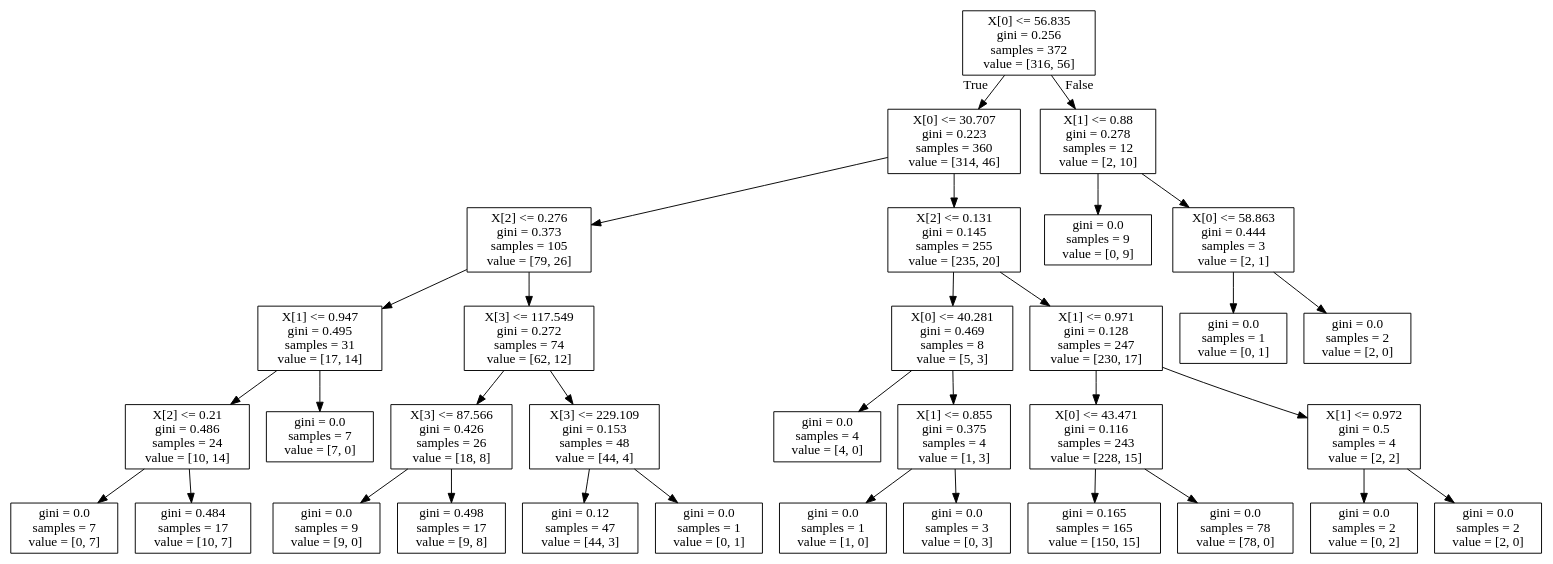
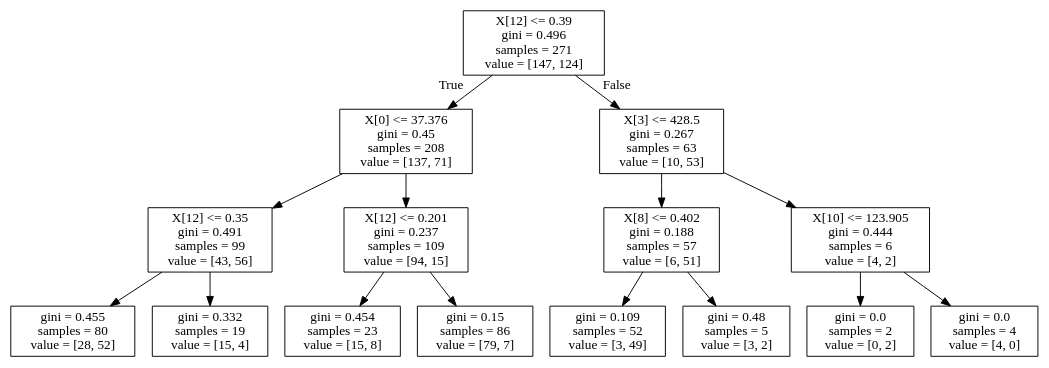
The diagram in dt.dot (kathyyli/DS_project), drawn with Graphviz before and after one commit. The commit also changed 2 other files, not shown here.

```diff
--- a/dt.dot
+++ b/dt.dot
@@ -1,68 +1,32 @@
 digraph Tree {
 node [shape=box] ;
-0 [label="X[0] <= 56.835\ngini = 0.256\nsamples = 372\nvalue = [316, 56]"] ;
-1 [label="X[0] <= 30.707\ngini = 0.223\nsamples = 360\nvalue = [314, 46]"] ;
+0 [label="X[12] <= 0.39\ngini = 0.496\nsamples = 271\nvalue = [147, 124]"] ;
+1 [label="X[0] <= 37.376\ngini = 0.45\nsamples = 208\nvalue = [137, 71]"] ;
 0 -> 1 [labeldistance=2.5, labelangle=45, headlabel="True"] ;
-2 [label="X[2] <= 0.276\ngini = 0.373\nsamples = 105\nvalue = [79, 26]"] ;
+2 [label="X[12] <= 0.35\ngini = 0.491\nsamples = 99\nvalue = [43, 56]"] ;
 1 -> 2 ;
-3 [label="X[1] <= 0.947\ngini = 0.495\nsamples = 31\nvalue = [17, 14]"] ;
+3 [label="gini = 0.455\nsamples = 80\nvalue = [28, 52]"] ;
 2 -> 3 ;
-4 [label="X[2] <= 0.21\ngini = 0.486\nsamples = 24\nvalue = [10, 14]"] ;
-3 -> 4 ;
-5 [label="gini = 0.0\nsamples = 7\nvalue = [0, 7]"] ;
-4 -> 5 ;
-6 [label="gini = 0.484\nsamples = 17\nvalue = [10, 7]"] ;
-4 -> 6 ;
-7 [label="gini = 0.0\nsamples = 7\nvalue = [7, 0]"] ;
-3 -> 7 ;
-8 [label="X[3] <= 117.549\ngini = 0.272\nsamples = 74\nvalue = [62, 12]"] ;
-2 -> 8 ;
-9 [label="X[3] <= 87.566\ngini = 0.426\nsamples = 26\nvalue = [18, 8]"] ;
+4 [label="gini = 0.332\nsamples = 19\nvalue = [15, 4]"] ;
+2 -> 4 ;
+5 [label="X[12] <= 0.201\ngini = 0.237\nsamples = 109\nvalue = [94, 15]"] ;
+1 -> 5 ;
+6 [label="gini = 0.454\nsamples = 23\nvalue = [15, 8]"] ;
+5 -> 6 ;
+7 [label="gini = 0.15\nsamples = 86\nvalue = [79, 7]"] ;
+5 -> 7 ;
+8 [label="X[3] <= 428.5\ngini = 0.267\nsamples = 63\nvalue = [10, 53]"] ;
+0 -> 8 [labeldistance=2.5, labelangle=-45, headlabel="False"] ;
+9 [label="X[8] <= 0.402\ngini = 0.188\nsamples = 57\nvalue = [6, 51]"] ;
 8 -> 9 ;
-10 [label="gini = 0.0\nsamples = 9\nvalue = [9, 0]"] ;
+10 [label="gini = 0.109\nsamples = 52\nvalue = [3, 49]"] ;
 9 -> 10 ;
-11 [label="gini = 0.498\nsamples = 17\nvalue = [9, 8]"] ;
+11 [label="gini = 0.48\nsamples = 5\nvalue = [3, 2]"] ;
 9 -> 11 ;
-12 [label="X[3] <= 229.109\ngini = 0.153\nsamples = 48\nvalue = [44, 4]"] ;
+12 [label="X[10] <= 123.905\ngini = 0.444\nsamples = 6\nvalue = [4, 2]"] ;
 8 -> 12 ;
-13 [label="gini = 0.12\nsamples = 47\nvalue = [44, 3]"] ;
+13 [label="gini = 0.0\nsamples = 2\nvalue = [0, 2]"] ;
 12 -> 13 ;
-14 [label="gini = 0.0\nsamples = 1\nvalue = [0, 1]"] ;
+14 [label="gini = 0.0\nsamples = 4\nvalue = [4, 0]"] ;
 12 -> 14 ;
-15 [label="X[2] <= 0.131\ngini = 0.145\nsamples = 255\nvalue = [235, 20]"] ;
-1 -> 15 ;
-16 [label="X[0] <= 40.281\ngini = 0.469\nsamples = 8\nvalue = [5, 3]"] ;
-15 -> 16 ;
-17 [label="gini = 0.0\nsamples = 4\nvalue = [4, 0]"] ;
-16 -> 17 ;
-18 [label="X[1] <= 0.855\ngini = 0.375\nsamples = 4\nvalue = [1, 3]"] ;
-16 -> 18 ;
-19 [label="gini = 0.0\nsamples = 1\nvalue = [1, 0]"] ;
-18 -> 19 ;
-20 [label="gini = 0.0\nsamples = 3\nvalue = [0, 3]"] ;
-18 -> 20 ;
-21 [label="X[1] <= 0.971\ngini = 0.128\nsamples = 247\nvalue = [230, 17]"] ;
-15 -> 21 ;
-22 [label="X[0] <= 43.471\ngini = 0.116\nsamples = 243\nvalue = [228, 15]"] ;
-21 -> 22 ;
-23 [label="gini = 0.165\nsamples = 165\nvalue = [150, 15]"] ;
-22 -> 23 ;
-24 [label="gini = 0.0\nsamples = 78\nvalue = [78, 0]"] ;
-22 -> 24 ;
-25 [label="X[1] <= 0.972\ngini = 0.5\nsamples = 4\nvalue = [2, 2]"] ;
-21 -> 25 ;
-26 [label="gini = 0.0\nsamples = 2\nvalue = [0, 2]"] ;
-25 -> 26 ;
-27 [label="gini = 0.0\nsamples = 2\nvalue = [2, 0]"] ;
-25 -> 27 ;
-28 [label="X[1] <= 0.88\ngini = 0.278\nsamples = 12\nvalue = [2, 10]"] ;
-0 -> 28 [labeldistance=2.5, labelangle=-45, headlabel="False"] ;
-29 [label="gini = 0.0\nsamples = 9\nvalue = [0, 9]"] ;
-28 -> 29 ;
-30 [label="X[0] <= 58.863\ngini = 0.444\nsamples = 3\nvalue = [2, 1]"] ;
-28 -> 30 ;
-31 [label="gini = 0.0\nsamples = 1\nvalue = [0, 1]"] ;
-30 -> 31 ;
-32 [label="gini = 0.0\nsamples = 2\nvalue = [2, 0]"] ;
-30 -> 32 ;
 }
```
